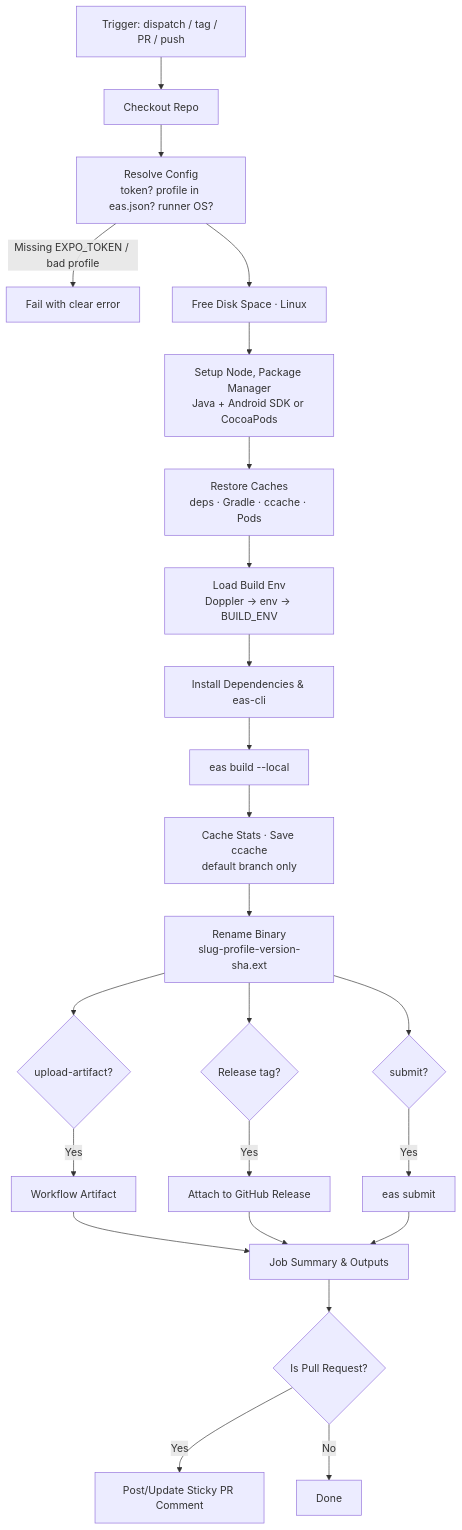
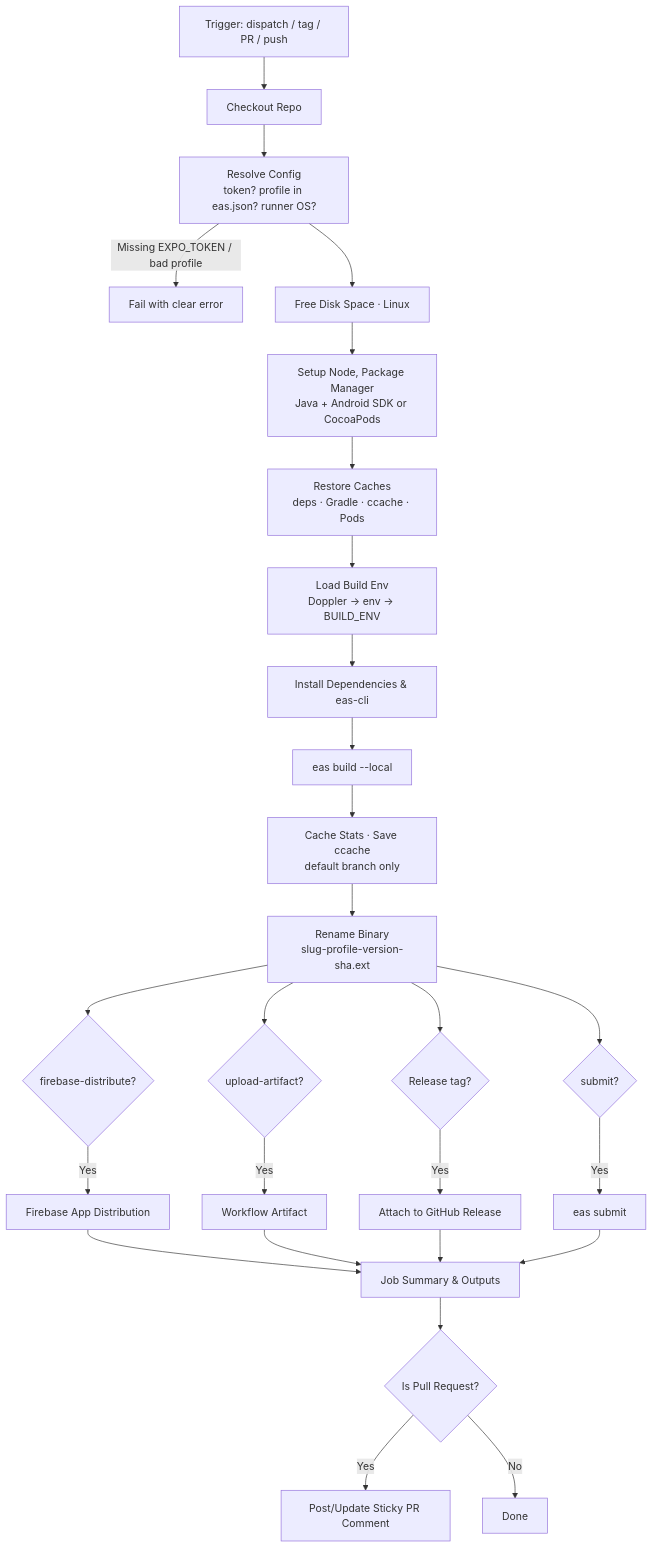
One commit to ym-actions/expo-local-build changed the diagram in README.md. Above: the diagram before and after it, drawn with Mermaid. The commit also changed other lines of this file and 1 other file, not shown here.

First line of the commit message:
Add Firebase App Distribution to workflow

````diff
--- a/README.md
+++ b/README.md
@@ -38,26 +39,29 @@
 ```mermaid
 graph TD
     A[Trigger: dispatch / tag / PR / push] --> B[Checkout Repo]
     B --> C[Resolve Config<br/>token? profile in eas.json? runner OS?]
     C -->|Missing EXPO_TOKEN / bad profile| X[Fail with clear error]
     C --> D[Free Disk Space · Linux]
     D --> E[Setup Node, Package Manager<br/>Java + Android SDK or CocoaPods]
     E --> F[Restore Caches<br/>deps · Gradle · ccache · Pods]
     F --> G[Load Build Env<br/>Doppler → env → BUILD_ENV]
     G --> H[Install Dependencies & eas-cli]
     H --> I[eas build --local]
     I --> I2[Cache Stats · Save ccache<br/>default branch only]
     I2 --> J[Rename Binary<br/>slug-profile-version-sha.ext]
     J --> K{upload-artifact?}
     K -->|Yes| K1[Workflow Artifact]
     J --> L{Release tag?}
     L -->|Yes| L1[Attach to GitHub Release]
+    J --> FB{firebase-distribute?}
+    FB -->|Yes| FB1[Firebase App Distribution]
+    FB1 --> N
     J --> M{submit?}
     M -->|Yes| M1[eas submit]
     K1 --> N[Job Summary & Outputs]
     L1 --> N
     M1 --> N
     N --> P{Is Pull Request?}
     P -->|Yes| Q[Post/Update Sticky PR Comment]
     P -->|No| R[Done]
 ```
````
